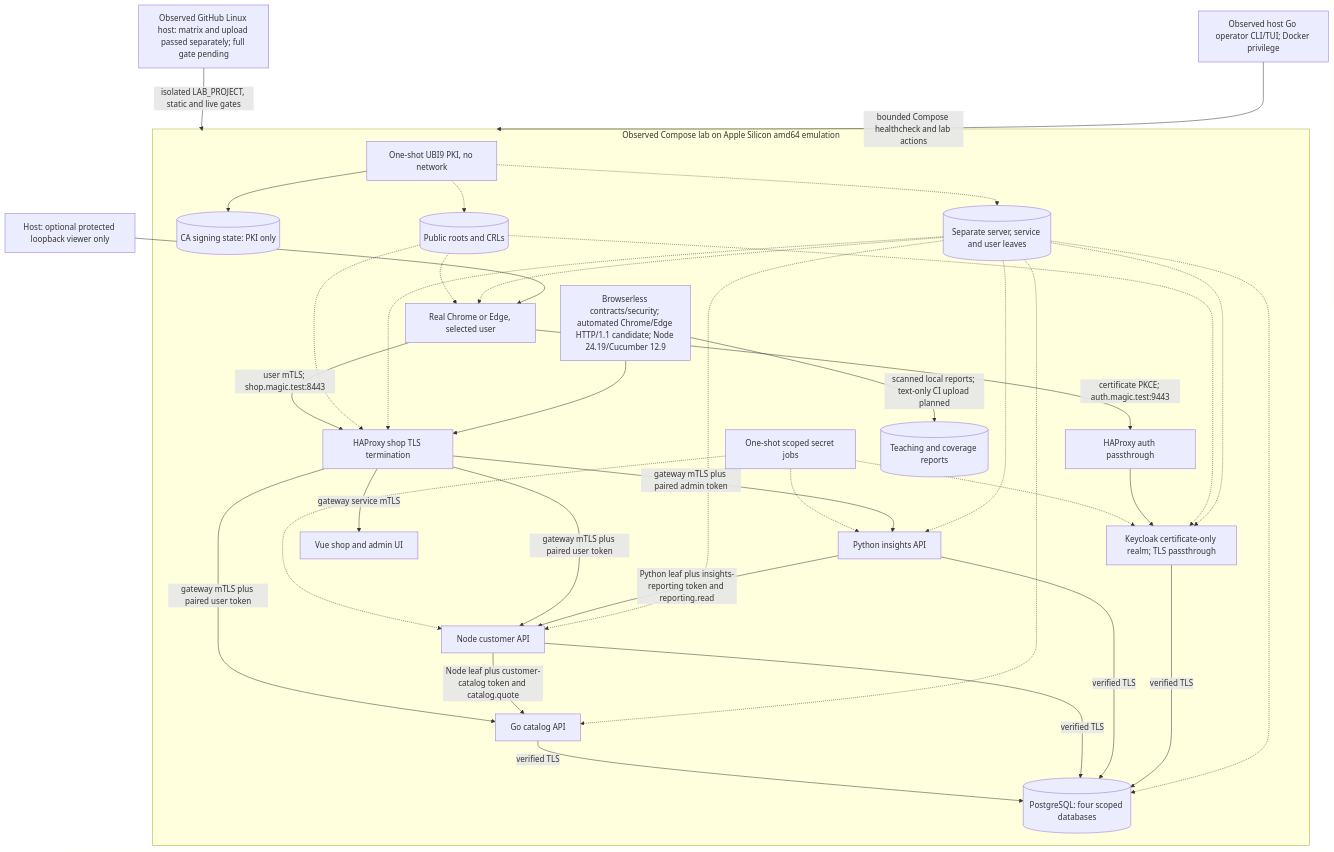
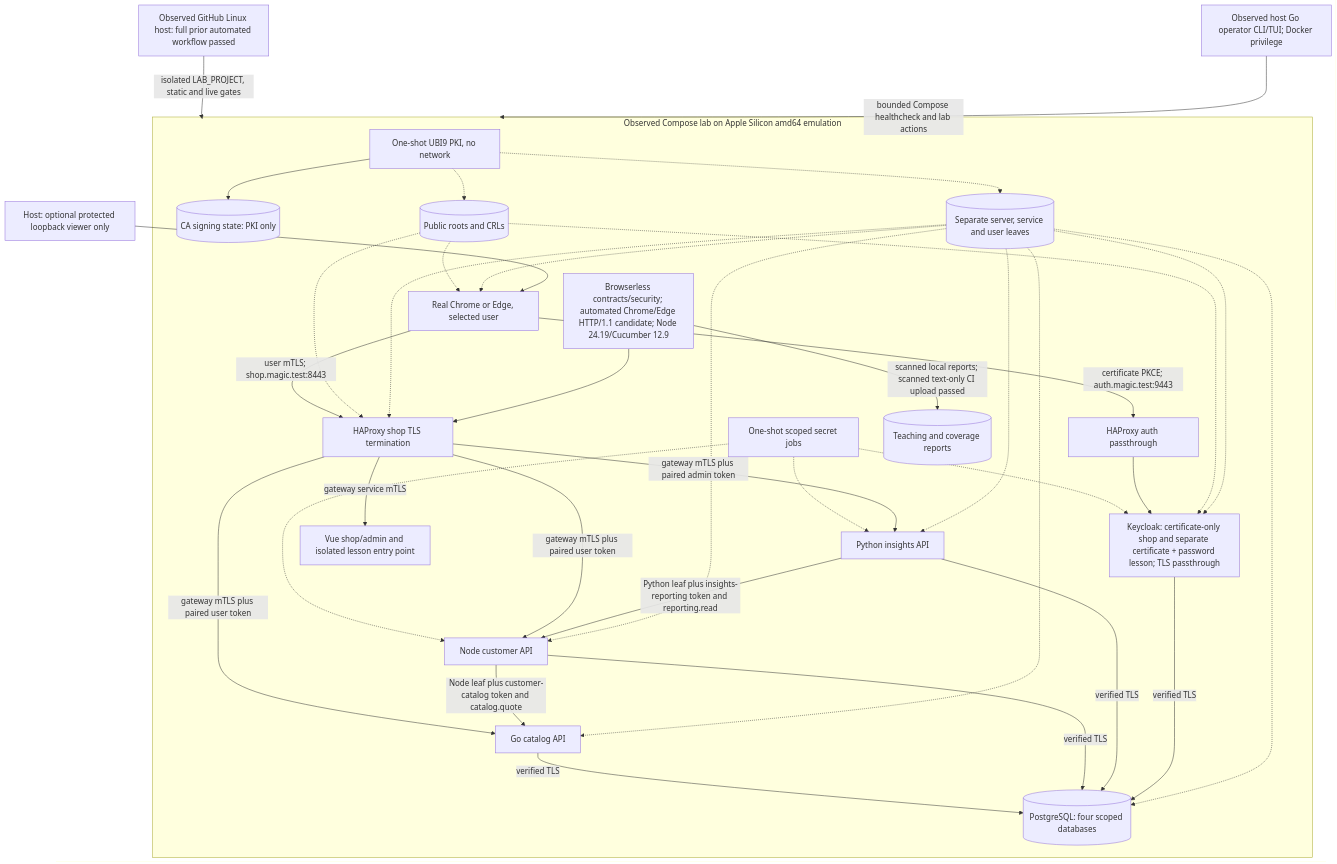
One commit to orieken/testing-with-certs changed the first of 4 diagrams in docs/architecture.md. Above: the diagram before and after it, drawn with Mermaid. The commit also changed other lines of this file and 34 other files, not shown here.

Commit message:
Add certificate and password teaching flow with browser evidence

````diff
--- a/docs/architecture.md
+++ b/docs/architecture.md
@@ -11,39 +11,39 @@
 ```mermaid
 flowchart TB
-  CI["Observed GitHub Linux host: matrix and upload passed separately; full gate pending"] -->|"isolated LAB_PROJECT, static and live gates"| Lab
+  CI["Observed GitHub Linux host: full prior automated workflow passed"] -->|"isolated LAB_PROJECT, static and live gates"| Lab
   Operator["Observed host Go operator CLI/TUI; Docker privilege"] -->|"bounded Compose healthcheck and lab actions"| Lab
   subgraph Lab["Observed Compose lab on Apple Silicon amd64 emulation"]
     PKI["One-shot UBI9 PKI, no network"] --> CA[("CA signing state: PKI only")]
     PKI -.-> Trust[("Public roots and CRLs")]
     PKI -.-> Leaves[("Separate server, service and user leaves")]
-    Secrets["One-shot scoped secret jobs"] -.-> KC["Keycloak certificate-only realm; TLS passthrough"]
+    Secrets["One-shot scoped secret jobs"] -.-> KC["Keycloak: certificate-only shop and separate certificate + password lesson; TLS passthrough"]
     Secrets -.-> Node["Node customer API"]
     Secrets -.-> Python["Python insights API"]
     Browser["Real Chrome or Edge, selected user"] -->|"user mTLS; shop.magic.test:8443"| HA["HAProxy shop TLS termination"]
     Browser -->|"certificate PKCE; auth.magic.test:9443"| Tunnel["HAProxy auth passthrough"]
     Tunnel --> KC
-    HA -->|"gateway service mTLS"| UI["Vue shop and admin UI"]
+    HA -->|"gateway service mTLS"| UI["Vue shop/admin and isolated lesson entry point"]
     HA -->|"gateway mTLS plus paired user token"| Go["Go catalog API"]
     HA -->|"gateway mTLS plus paired user token"| Node
     HA -->|"gateway mTLS plus paired admin token"| Python
     Node -->|"Node leaf plus customer-catalog token and catalog.quote"| Go
     Python -->|"Python leaf plus insights-reporting token and reporting.read"| Node
     Go -->|"verified TLS"| DB[("PostgreSQL: four scoped databases")]
     Node -->|"verified TLS"| DB
     Python -->|"verified TLS"| DB
     KC -->|"verified TLS"| DB
     Trust -.-> Browser
     Trust -.-> HA
     Trust -.-> KC
     Leaves -.-> Browser
     Leaves -.-> HA
     Leaves -.-> KC
     Leaves -.-> Go
     Leaves -.-> Node
     Leaves -.-> Python
     Leaves -.-> DB
     Tests["Browserless contracts/security; automated Chrome/Edge HTTP/1.1 candidate; Node 24.19/Cucumber 12.9"] --> HA
-    Tests -->|"scanned local reports; text-only CI upload planned"| Reports[("Teaching and coverage reports")]
+    Tests -->|"scanned local reports; scanned text-only CI upload passed"| Reports[("Teaching and coverage reports")]
   end
   Host["Host: optional protected loopback viewer only"] --> Browser
 ```
````
